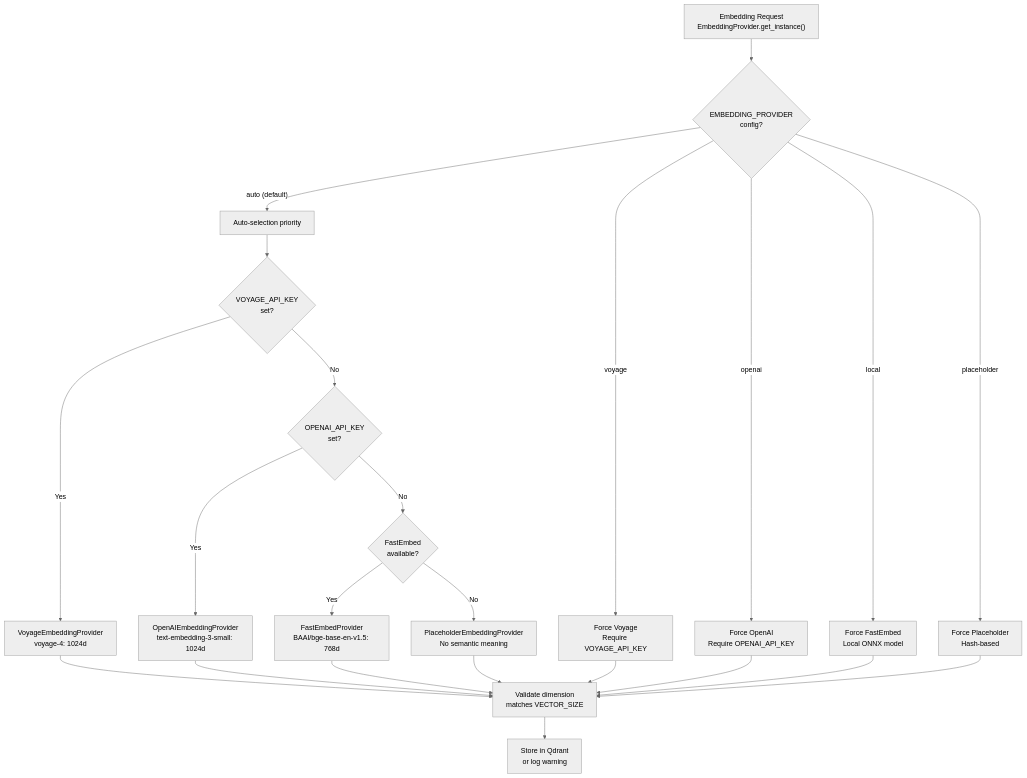
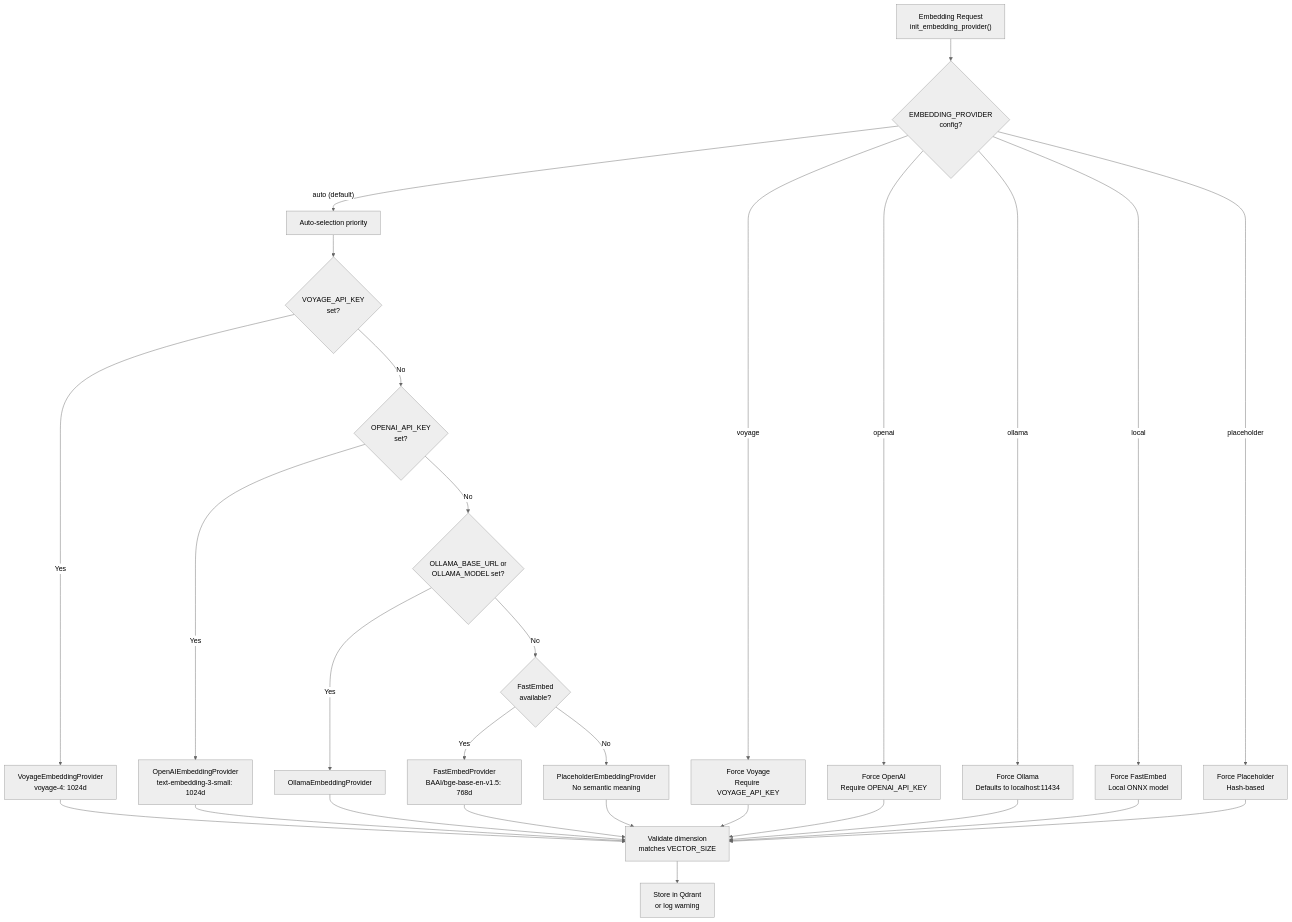
One commit to verygoodplugins/automem-website changed the sixth of 6 diagrams in src/content/docs/docs/operations/troubleshooting.md. Above: the diagram before and after it, drawn with Mermaid (neutral theme). The commit also changed other lines of this file, not shown here.

First paragraph of the commit message:
docs: fix drift in Troubleshooting (#225)
* docs: fix drift in Troubleshooting

````diff
--- a/src/content/docs/docs/operations/troubleshooting.md
+++ b/src/content/docs/docs/operations/troubleshooting.md
@@ -403,34 +403,40 @@
 ```mermaid
 flowchart TD
-    Request["Embedding Request<br/>EmbeddingProvider.get_instance()"]
+    Request["Embedding Request<br/>init_embedding_provider()"]
 
     Request --> CheckConfig{"EMBEDDING_PROVIDER<br/>config?"}
 
     CheckConfig -->|"auto (default)"| Priority["Auto-selection priority"]
     CheckConfig -->|"voyage"| ForceVoyage["Force Voyage<br/>Require VOYAGE_API_KEY"]
     CheckConfig -->|"openai"| ForceOpenAI["Force OpenAI<br/>Require OPENAI_API_KEY"]
+    CheckConfig -->|"ollama"| ForceOllama["Force Ollama<br/>Defaults to localhost:11434"]
     CheckConfig -->|"local"| ForceLocal["Force FastEmbed<br/>Local ONNX model"]
     CheckConfig -->|"placeholder"| ForcePlaceholder["Force Placeholder<br/>Hash-based"]
 
     Priority --> Try1{"VOYAGE_API_KEY<br/>set?"}
     Try1 -->|Yes| Voyage["VoyageEmbeddingProvider<br/>voyage-4: 1024d"]
     Try1 -->|No| Try2{"OPENAI_API_KEY<br/>set?"}
 
     Try2 -->|Yes| OpenAI["OpenAIEmbeddingProvider<br/>text-embedding-3-small: 1024d"]
-    Try2 -->|No| Try3{"FastEmbed<br/>available?"}
+    Try2 -->|No| Try3{"OLLAMA_BASE_URL or<br/>OLLAMA_MODEL set?"}
 
-    Try3 -->|Yes| FastEmbed["FastEmbedProvider<br/>BAAI/bge-base-en-v1.5: 768d"]
-    Try3 -->|No| Placeholder["PlaceholderEmbeddingProvider<br/>No semantic meaning"]
+    Try3 -->|Yes| Ollama["OllamaEmbeddingProvider"]
+    Try3 -->|No| Try4{"FastEmbed<br/>available?"}
+
+    Try4 -->|Yes| FastEmbed["FastEmbedProvider<br/>BAAI/bge-base-en-v1.5: 768d"]
+    Try4 -->|No| Placeholder["PlaceholderEmbeddingProvider<br/>No semantic meaning"]
 
     Voyage --> Validate["Validate dimension<br/>matches VECTOR_SIZE"]
     OpenAI --> Validate
+    Ollama --> Validate
     FastEmbed --> Validate
     Placeholder --> Validate
 
     ForceVoyage --> Validate
     ForceOpenAI --> Validate
+    ForceOllama --> Validate
     ForceLocal --> Validate
     ForcePlaceholder --> Validate
 
     Validate --> Store["Store in Qdrant<br/>or log warning"]
 ```
````
